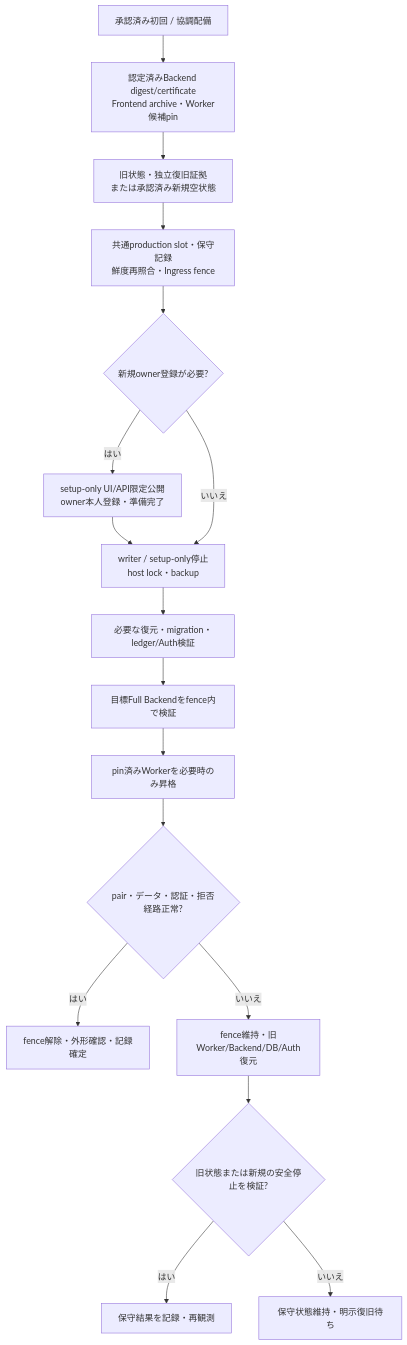
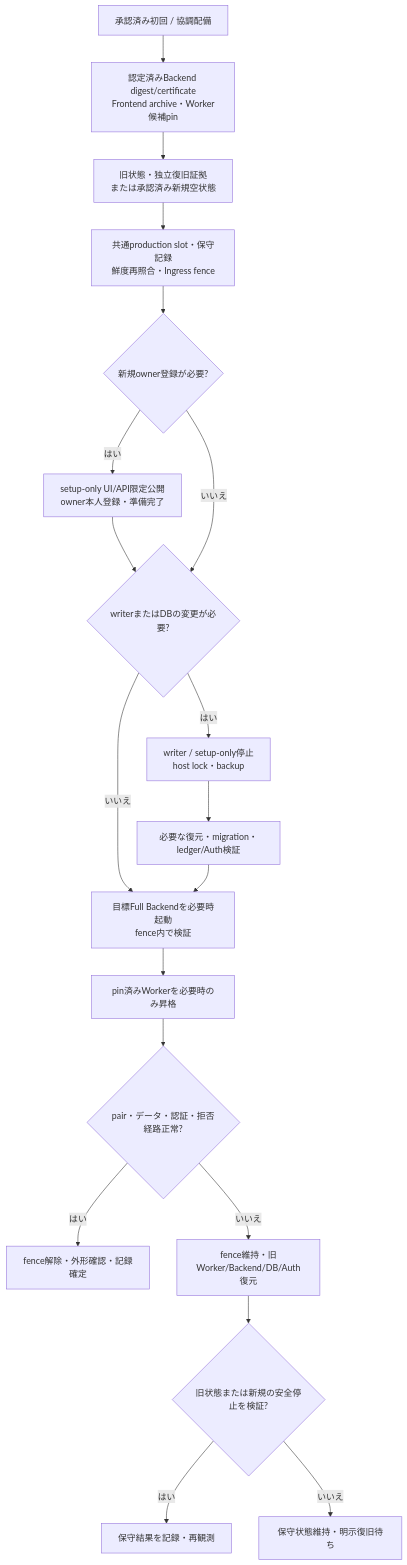
The second of 2 diagrams in docs/deployment/DEPLOYMENT-LIFECYCLE.md (yohn-jp/codexia), drawn with Mermaid before and after one commit. The commit also changed other lines of this file, not shown here.

Commit message:
docs(deploy): make resume and frontend-only transitions explicit

````diff
--- a/docs/deployment/DEPLOYMENT-LIFECYCLE.md
+++ b/docs/deployment/DEPLOYMENT-LIFECYCLE.md
@@ -125,19 +125,21 @@
 ```mermaid
 flowchart TD
     START["承認済み初回 / 協調配備"] --> PIN["認定済みBackend digest/certificate<br/>Frontend archive・Worker候補pin"]
     PIN --> PRIOR["旧状態・独立復旧証拠<br/>または承認済み新規空状態"]
     PRIOR --> LOCK["共通production slot・保守記録<br/>鮮度再照合・Ingress fence"]
     LOCK --> SETUP{"新規owner登録が必要?"}
     SETUP -->|はい| LIMITED["setup-only UI/API限定公開<br/>owner本人登録・準備完了"]
-    LIMITED --> QUIESCE["writer / setup-only停止<br/>host lock・backup"]
-    SETUP -->|いいえ| QUIESCE
+    LIMITED --> CHANGE{"writerまたはDBの変更が必要?"}
+    SETUP -->|いいえ| CHANGE
+    CHANGE -->|はい| QUIESCE["writer / setup-only停止<br/>host lock・backup"]
+    CHANGE -->|いいえ| BACK
     QUIESCE --> DATA["必要な復元・migration・ledger/Auth検証"]
-    DATA --> BACK["目標Full Backendをfence内で検証"]
+    DATA --> BACK["目標Full Backendを必要時起動<br/>fence内で検証"]
     BACK --> FRONT["pin済みWorkerを必要時のみ昇格"]
     FRONT --> CHECK{"pair・データ・認証・拒否経路正常?"}
     CHECK -->|はい| OPEN["fence解除・外形確認・記録確定"]
     CHECK -->|いいえ| FAIL["fence維持・旧Worker/Backend/DB/Auth復元"]
     FAIL --> VERIFY{"旧状態または新規の安全停止を検証?"}
     VERIFY -->|はい| HALT["保守結果を記録・再観測"]
     VERIFY -->|いいえ| BLOCK["保守状態維持・明示復旧待ち"]
 ```
````
